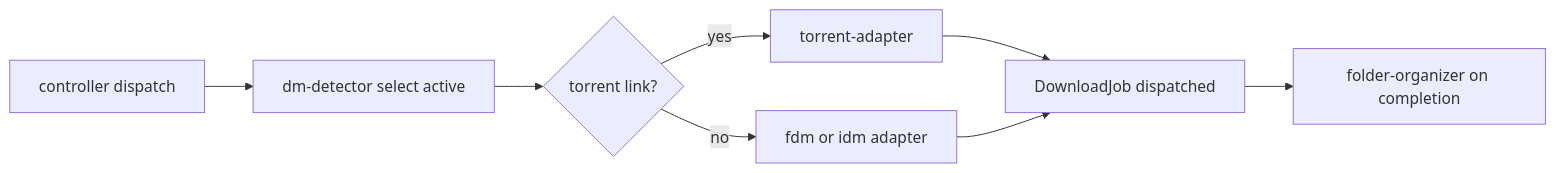
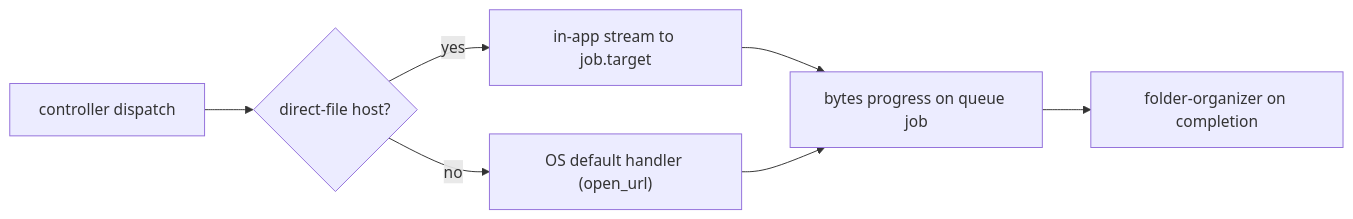
One commit to HELIX-Origin/LewdZone-Launcher changed the diagram in .agents/rules/rule-07-download-manager-integration.md. Above: the diagram before and after it, drawn with Mermaid. The commit also changed other lines of this file and 45 other files, not shown here.

````diff
--- a/.agents/rules/rule-07-download-manager-integration.md
+++ b/.agents/rules/rule-07-download-manager-integration.md
@@ -17,10 +19,9 @@
 ```mermaid
 flowchart LR
-    A["controller dispatch"] --> B["dm-detector select active"]
-    B --> C{"torrent link?"}
-    C -- yes --> D["torrent-adapter"]
-    C -- no --> E["fdm or idm adapter"]
-    D --> F["DownloadJob dispatched"]
-    E --> F
-    F --> G["folder-organizer on completion"]
+    A["controller dispatch"] --> B{"direct-file host?"}
+    B -- yes --> C["in-app stream to job.target"]
+    B -- no --> D["OS default handler (open_url)"]
+    C --> E["bytes progress on queue job"]
+    D --> E
+    E --> F["folder-organizer on completion"]
 ```
````
